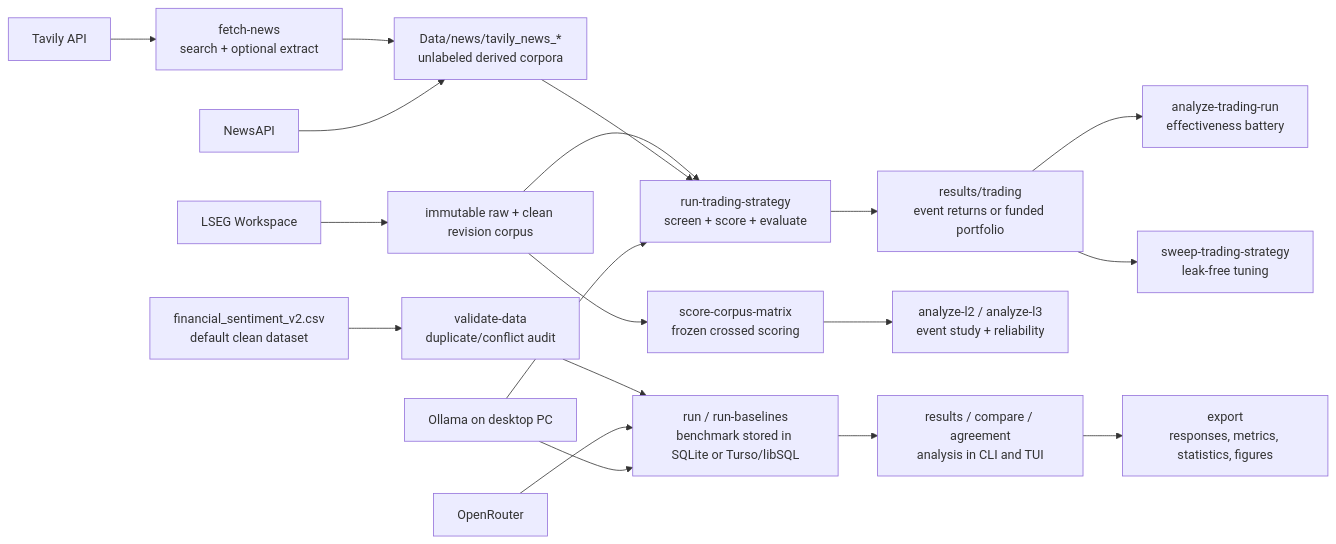
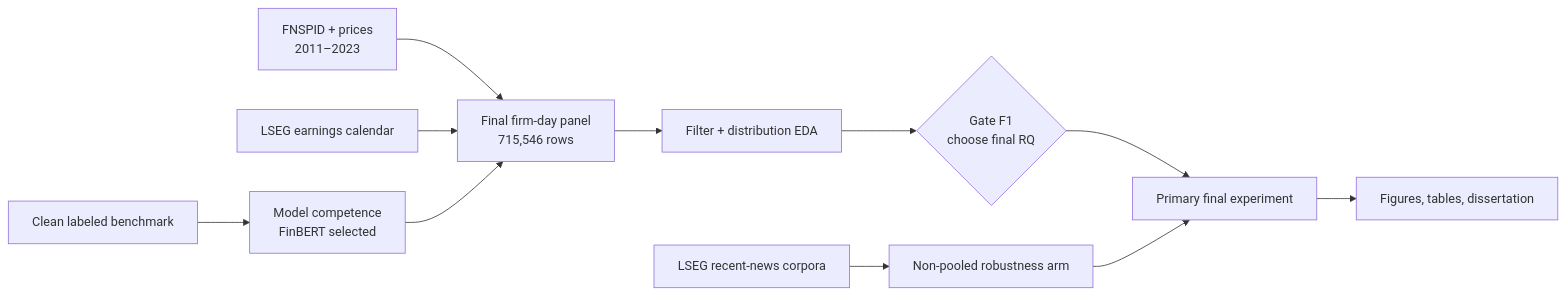
The diagram in README.md (PeterLP123/Sentiment_Dissertation), drawn with Mermaid before and after one commit. The commit also changed other lines of this file and 12 other files, not shown here.

````diff
--- a/README.md
+++ b/README.md
@@ -214,21 +84,13 @@
 ```mermaid
 flowchart LR
-    A["financial_sentiment_v2.csv<br/>default clean dataset"] --> B["validate-data<br/>duplicate/conflict audit"]
-    B --> C["run / run-baselines<br/>benchmark stored in SQLite or Turso/libSQL"]
-    C --> D["results / compare / agreement<br/>analysis in CLI and TUI"]
-    D --> E["export<br/>responses, metrics, statistics, figures"]
-    F["Tavily API"] --> G["fetch-news<br/>search + optional extract"]
-    G --> H["Data/news/tavily_news_*<br/>unlabeled derived corpora"]
-    K["NewsAPI"] --> H
-    N["LSEG Workspace"] --> O["immutable raw + clean revision corpus"]
-    O --> L
-    O --> X["score-corpus-matrix<br/>frozen crossed scoring"]
-    X --> Y["analyze-l2 / analyze-l3<br/>event study + reliability"]
-    H --> L["run-trading-strategy<br/>screen + score + evaluate"]
-    L --> M["results/trading<br/>event returns or funded portfolio"]
-    M --> Q["analyze-trading-run<br/>effectiveness battery"]
-    M --> S["sweep-trading-strategy<br/>leak-free tuning"]
-    I["OpenRouter"] --> C
-    J["Ollama on desktop PC"] --> C
-    J --> L
+    B["Clean labeled benchmark"] --> C["Model competence<br/>FinBERT selected"]
+    N["FNSPID + prices<br/>2011–2023"] --> P["Final firm-day panel<br/>715,546 rows"]
+    E["LSEG earnings calendar"] --> P
+    L["LSEG recent-news corpora"] --> R["Non-pooled robustness arm"]
+    C --> P
+    P --> W["Filter + distribution EDA"]
+    W --> G{"Gate F1<br/>choose final RQ"}
+    G --> A["Primary final experiment"]
+    R --> A
+    A --> D["Figures, tables, dissertation"]
 ```
````
